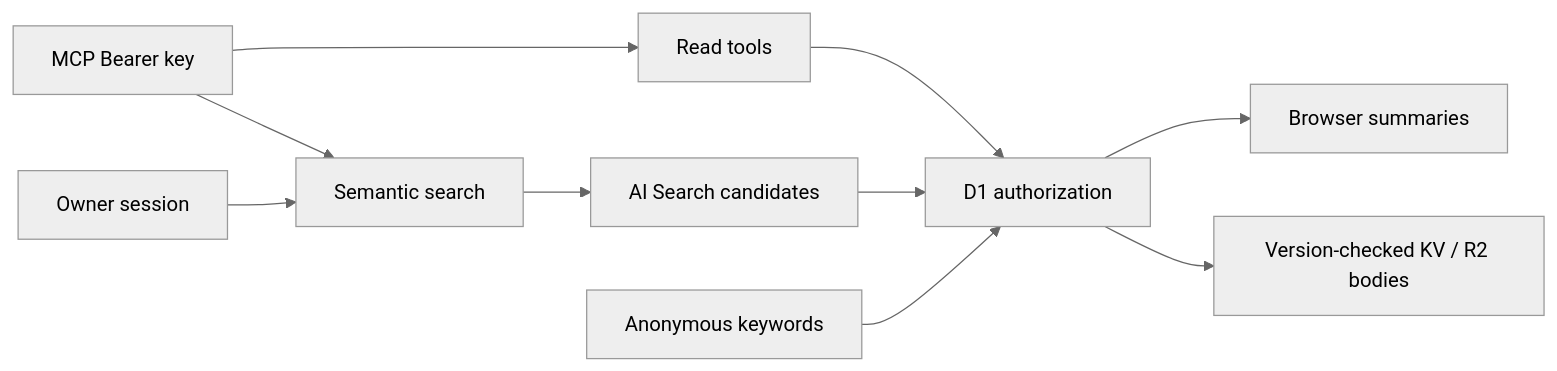
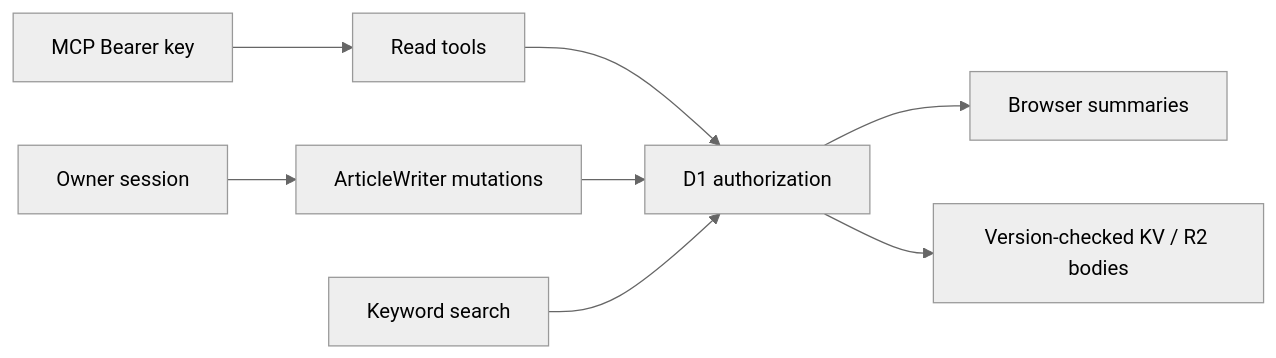
The diagram in docs/ARCHITECTURE.md (Pleasurecruise/my-knowledge), drawn with Mermaid (neutral theme) before and after one commit. The commit also changed other lines of this file and 89 other files, not shown here.

````diff
--- a/docs/ARCHITECTURE.md
+++ b/docs/ARCHITECTURE.md
@@ -7,12 +7,10 @@
 ```mermaid
 flowchart LR
   MCP[MCP Bearer key] --> Read[Read tools]
-  MCP --> Search[Semantic search]
-  Owner[Owner session] --> Search
-  Search --> AI[AI Search candidates]
-  AI --> D1[D1 authorization]
-  Read --> D1
+  Owner[Owner session] --> Write[ArticleWriter mutations]
+  Read --> D1[D1 authorization]
+  Write --> D1
+  Search[Keyword search] --> D1
   D1 --> Summary[Browser summaries]
   D1 --> Body[Version-checked KV / R2 bodies]
-  Anonymous[Anonymous keywords] --> D1
 ```
````
